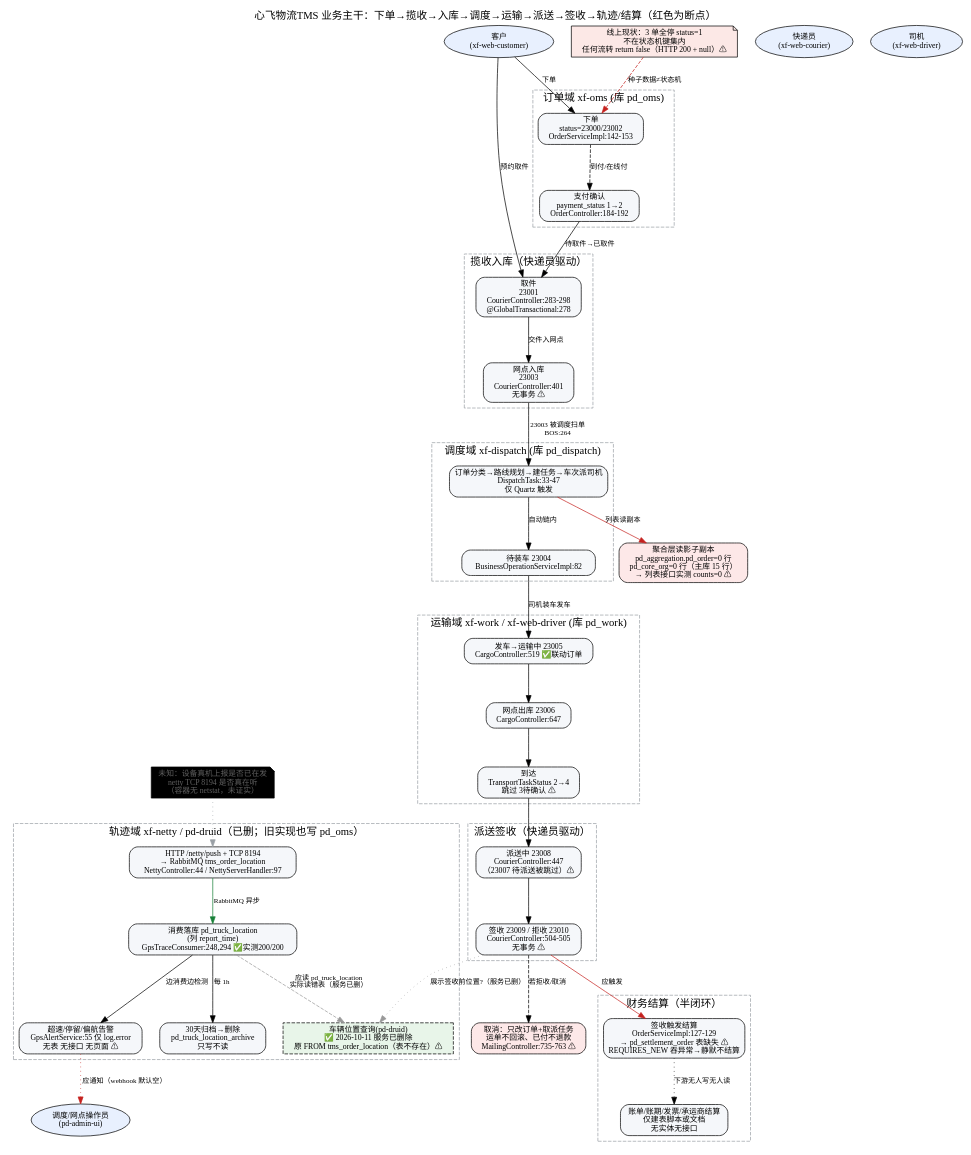
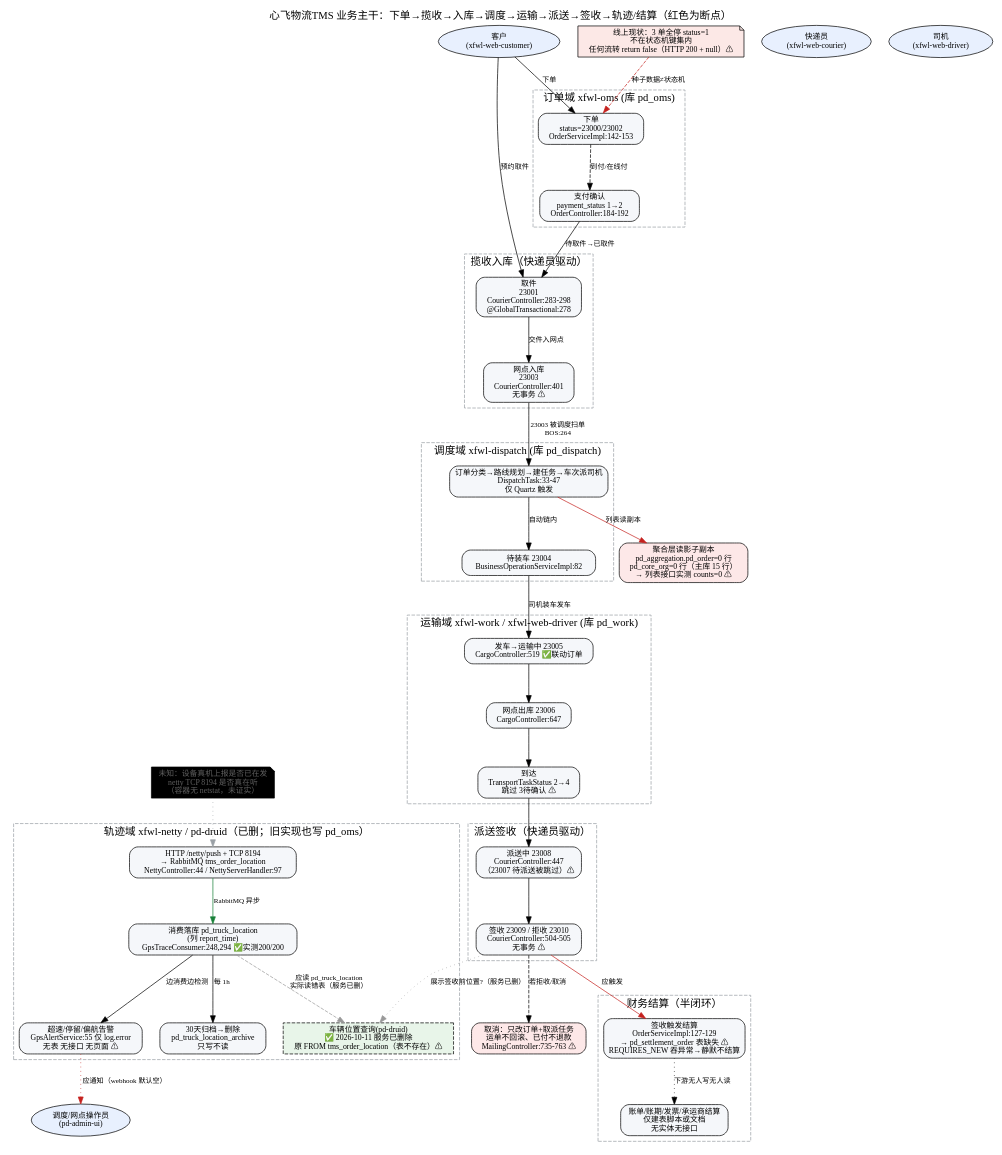
The diagram in docs/architecture/business-flow.dot (itxinfei/pinda-tms), drawn with Graphviz before and after one commit. The commit also changed 2099 other files, not shown here.

```diff
--- a/docs/architecture/business-flow.dot
+++ b/docs/architecture/business-flow.dot
@@ -1,85 +1,85 @@
 // 🔴 2026-10-10 注：本图为重构前快照。数据库已由各域分库重构为单一物理库 xinfei_tms（55 表）+ tenant_id 多租户；下方 cluster 标签里的"(库 pd_oms)"等旧库名仅作历史标注，业务流本身仍成立。现行库口径见 docs/02、《需求文档/45》。
 // 心飞物流TMS 端到端业务流（current-state，证据标注版）· 重构前快照
 // 生成：flow-visualizer + graphviz；基线 ecd6725 + 192.168.20.130 实测（2026-10-08，该地址为内网部署服务器，外网不可达）
 // 读法：实线=代码路径已证实；虚线=推断/待验证；点线=应发生但没有实现；
 //       红色节点=断点；灰色=线上无数据（该环节从未真实走通）
 digraph tms_business_flow {
   rankdir=TB;
   nodesep=0.35; ranksep=0.75;
   graph [fontname="Microsoft YaHei", labelloc=t, fontsize=15,
          label="心飞物流TMS 业务主干：下单→揽收→入库→调度→运输→派送→签收→轨迹/结算（红色为断点）"];
   node  [fontname="Microsoft YaHei", fontsize=11, shape=box, style="rounded,filled", fillcolor="#f5f7fa"];
   edge  [fontname="Microsoft YaHei", fontsize=10];
 
   // ---------- 角色 ----------
-  customer [label="客户\n(xf-web-customer)", shape=ellipse, fillcolor="#e8f0fe"];
+  customer [label="客户\n(xfwl-web-customer)", shape=ellipse, fillcolor="#e8f0fe"];
   dispatcher [label="调度/网点操作员\n(pd-admin-ui)", shape=ellipse, fillcolor="#e8f0fe"];
-  courier [label="快递员\n(xf-web-courier)", shape=ellipse, fillcolor="#e8f0fe"];
-  driver [label="司机\n(xf-web-driver)", shape=ellipse, fillcolor="#e8f0fe"];
+  courier [label="快递员\n(xfwl-web-courier)", shape=ellipse, fillcolor="#e8f0fe"];
+  driver [label="司机\n(xfwl-web-driver)", shape=ellipse, fillcolor="#e8f0fe"];
 
   // ---------- 主干业务步骤 ----------
-  subgraph cluster_order { label="订单域 xf-oms (库 pd_oms)"; style=dashed; color="#9aa0a6";
+  subgraph cluster_order { label="订单域 xfwl-oms (库 pd_oms)"; style=dashed; color="#9aa0a6";
     create [label="下单\nstatus=23000/23002\nOrderServiceImpl:142-153"];
     pay [label="支付确认\npayment_status 1→2\nOrderController:184-192"];
   }
   subgraph cluster_pickup { label="揽收入库（快递员驱动）"; style=dashed; color="#9aa0a6";
     picked [label="取件\n23001\nCourierController:283-298\n@GlobalTransactional:278"];
     inbound [label="网点入库\n23003\nCourierController:401\n无事务 ⚠"];
   }
-  subgraph cluster_dispatch { label="调度域 xf-dispatch (库 pd_dispatch)"; style=dashed; color="#9aa0a6";
+  subgraph cluster_dispatch { label="调度域 xfwl-dispatch (库 pd_dispatch)"; style=dashed; color="#9aa0a6";
     classify [label="订单分类→路线规划→建任务→车次派司机\nDispatchTask:33-47\n仅 Quartz 触发"];
     toload [label="待装车 23004\nBusinessOperationServiceImpl:82"];
   }
-  subgraph cluster_transit { label="运输域 xf-work / xf-web-driver (库 pd_work)"; style=dashed; color="#9aa0a6";
+  subgraph cluster_transit { label="运输域 xfwl-work / xfwl-web-driver (库 pd_work)"; style=dashed; color="#9aa0a6";
     depart [label="发车→运输中 23005\nCargoController:519 ✅联动订单"];
     exware [label="网点出库 23006\nCargoController:647"];
     arrive [label="到达\nTransportTaskStatus 2→4\n跳过 3待确认 ⚠"];
   }
   subgraph cluster_delivery { label="派送签收（快递员驱动）"; style=dashed; color="#9aa0a6";
     dispatching [label="派送中 23008\nCourierController:447\n（23007 待派送被跳过）⚠"];
     signed [label="签收 23009 / 拒收 23010\nCourierController:504-505\n无事务 ⚠"];
   }
-  subgraph cluster_trace { label="轨迹域 xf-netty / pd-druid（已删；旧实现也写 pd_oms）"; style=dashed; color="#9aa0a6";
+  subgraph cluster_trace { label="轨迹域 xfwl-netty / pd-druid（已删；旧实现也写 pd_oms）"; style=dashed; color="#9aa0a6";
     gpsin [label="HTTP /netty/push + TCP 8194\n→ RabbitMQ tms_order_location\nNettyController:44 / NettyServerHandler:97"];
     store [label="消费落库 pd_truck_location\n(列 report_time)\nGpsTraceConsumer:248,294 ✅实测200/200"];
     alert [label="超速/停留/偏航告警\nGpsAlertService:55 仅 log.error\n无表 无接口 无页面 ⚠"];
     druid [label="车辆位置查询(pd-druid)\n✅ 2026-10-11 服务已删除\n原 FROM tms_order_location（表不存在）⚠", style="filled,dashed", fillcolor="#e8f5e9"];
     archive [label="30天归档→删除\npd_truck_location_archive\n只写不读"];
   }
   subgraph cluster_finance { label="财务结算（半闭环）"; style=dashed; color="#9aa0a6";
     settle [label="签收触发结算\nOrderServiceImpl:127-129\n→ pd_settlement_order 表缺失 ⚠\nREQUIRES_NEW 吞异常→静默不结算"];
     bills [label="账单/账期/发票/承运商结算\n仅建表脚本或文档\n无实体无接口"];
   }
 
   dead [label="聚合层读影子副本\npd_aggregation.pd_order=0 行\npd_core_org=0 行（主库 15 行）\n→ 列表接口实测 counts=0 ⚠",
         fillcolor="#fde8e8", shape=box];
   seed [label="线上现状：3 单全停 status=1\n不在状态机键集内\n任何流转 return false（HTTP 200 + null）⚠",
         fillcolor="#fce8e6", shape=note];
   refund [label="取消：只改订单+取派任务\n运单不回滚、已付不退款\nMailingController:735-763 ⚠", fillcolor="#fde8e8"];
   unkn [label="未知：设备真机上报是否已在发\nnetty TCP 8194 是否真在听\n（容器无 netstat，未证实）", shape=note, fillcolor="#eee", fontcolor="#606060"];
 
   // ---------- 主干流转（实线=已证实） ----------
   customer -> create [label="下单"];
   create -> pay [label="到付/在线付", style=dashed];
   customer -> picked [label="预约取件"];
   pay -> picked [label="待取件→已取件"];
   picked -> inbound [label="交件入网点"];
   inbound -> classify [label="23003 被调度扫单\nBOS:264"];
   classify -> toload [label="自动链内"];
   toload -> depart [label="司机装车发车"];
   depart -> exware -> arrive -> dispatching -> signed;
   signed -> settle [label="应触发", color="#c5221f"];
   signed -> druid [label="展示签收前位置?（服务已删）", style=dotted, color="#999999"];
 
   // ---------- 异步旁路 ----------
   gpsin -> store [label="RabbitMQ 异步", color="#188038"];
   store -> alert [label="边消费边检测"];
   store -> archive [label="每 1h"];
   store -> druid [label="应读 pd_truck_location\n实际读错表（服务已删）", color="#999999", style=dashed];
   alert -> dispatcher [label="应通知（webhook 默认空）", style=dotted, color="#c5221f"];
   settle -> bills [label="下游无人写无人读", style=dotted];
   signed -> refund [label="若拒收/取消", style=dashed];
   classify -> dead [label="列表读副本", color="#c5221f"];
   seed -> create [label="种子数据≠状态机", style=dashed, color="#c5221f"];
   unkn -> gpsin [style=dotted, color="#9aa0a6"];
 }
```
